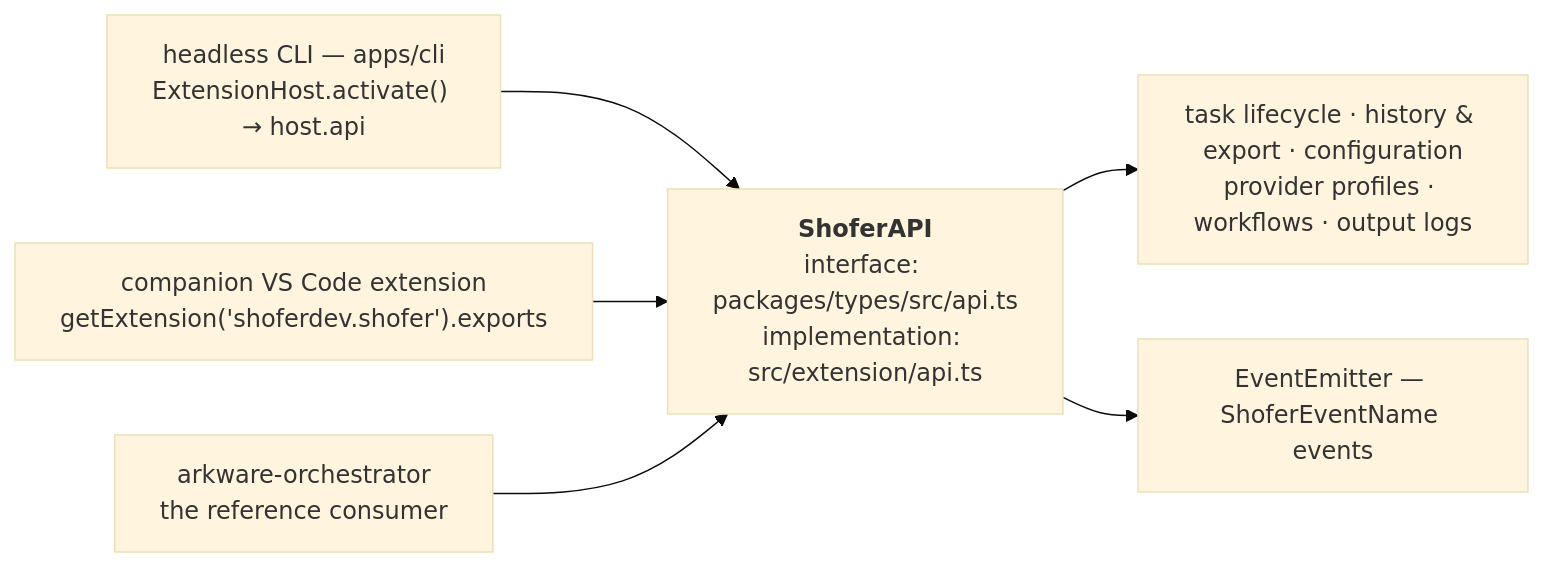
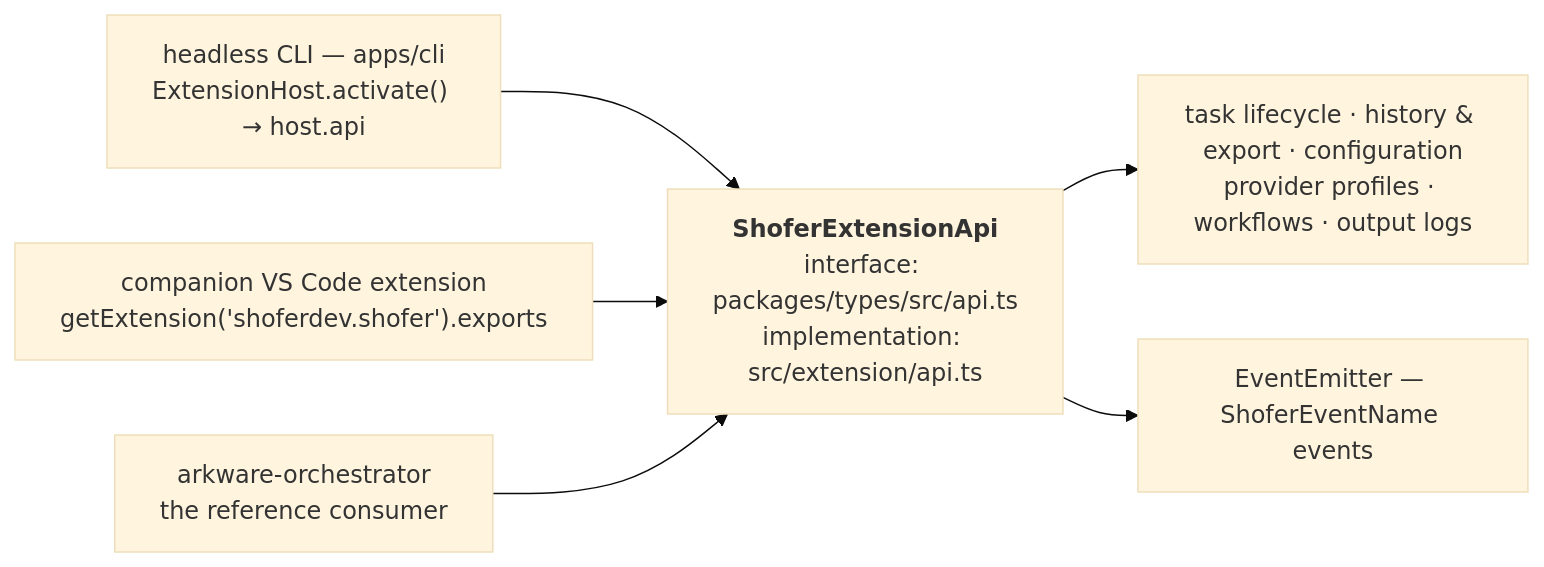
One commit to shofer-dev/shofer changed the second of 2 diagrams in docs/public_api.md. Above: the diagram before and after it, drawn with Mermaid (base theme). The commit also changed other lines of this file and 64 other files, not shown here.

First line of the commit message:
refactor(api)!: rename AgentApi -> ShoferApi, ShoferAPI -> ShoferExtensionApi

````diff
--- a/docs/public_api.md
+++ b/docs/public_api.md
@@ -269,17 +269,17 @@
 ```mermaid
 flowchart LR
     CLI["headless CLI — apps/cli<br/>ExtensionHost.activate() → host.api"]
     COMP["companion VS Code extension<br/>getExtension('shoferdev.shofer').exports"]
     ORCH["arkware-orchestrator<br/>the reference consumer"]
 
-    API["<b>ShoferAPI</b><br/>interface: packages/types/src/api.ts<br/>implementation: src/extension/api.ts"]
+    API["<b>ShoferExtensionApi</b><br/>interface: packages/types/src/api.ts<br/>implementation: src/extension/api.ts"]
 
     SURF["task lifecycle · history &amp; export · configuration<br/>provider profiles · workflows · output logs"]
     EV["EventEmitter — ShoferEventName events"]
 
     CLI --> API
     COMP --> API
     ORCH --> API
     API --> SURF
     API --> EV
 ```
````
